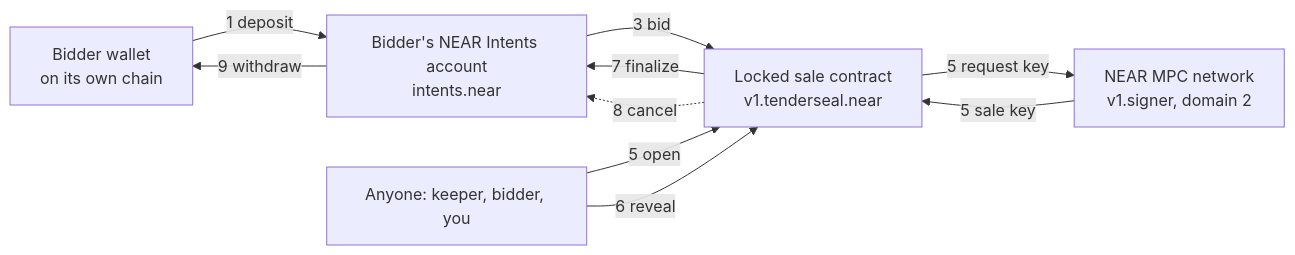
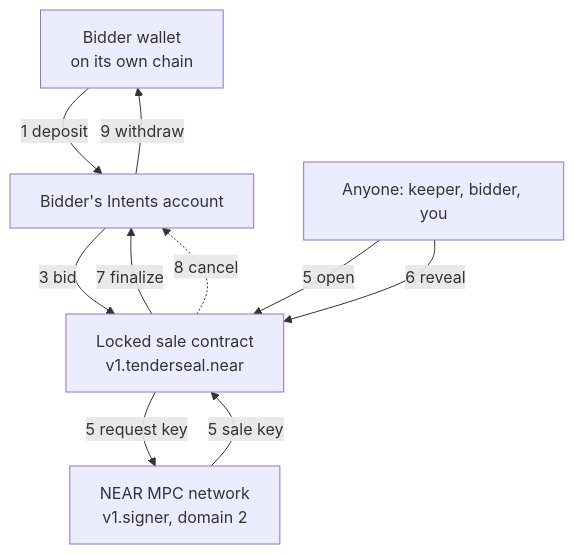
One commit to kocality/tender changed the sixth of 8 diagrams in README.md. Above: the diagram before and after it, drawn with Mermaid. The commit also changed other lines of this file and 1 other file, not shown here.

First line of the commit message:
docs(readme): tell the sale as a Priya, Bea and Sam story with flow diagrams

````diff
--- a/README.md
+++ b/README.md
@@ -51,12 +187,12 @@
 ```mermaid
-flowchart LR
-  W["Bidder wallet<br/>on its own chain"] -- "1 deposit" --> I["Bidder's NEAR Intents account<br/>intents.near"]
+flowchart TB
+  W["Bidder wallet<br/>on its own chain"] -- "1 deposit" --> I["Bidder's Intents account"]
   I -- "3 bid" --> C["Locked sale contract<br/>v1.tenderseal.near"]
   A["Anyone: keeper, bidder, you"] -- "5 open" --> C
   C -- "5 request key" --> M["NEAR MPC network<br/>v1.signer, domain 2"]
   M -- "5 sale key" --> C
   A -- "6 reveal" --> C
   C -- "7 finalize" --> I
   C -. "8 cancel" .-> I
   I -- "9 withdraw" --> W
 ```
````
